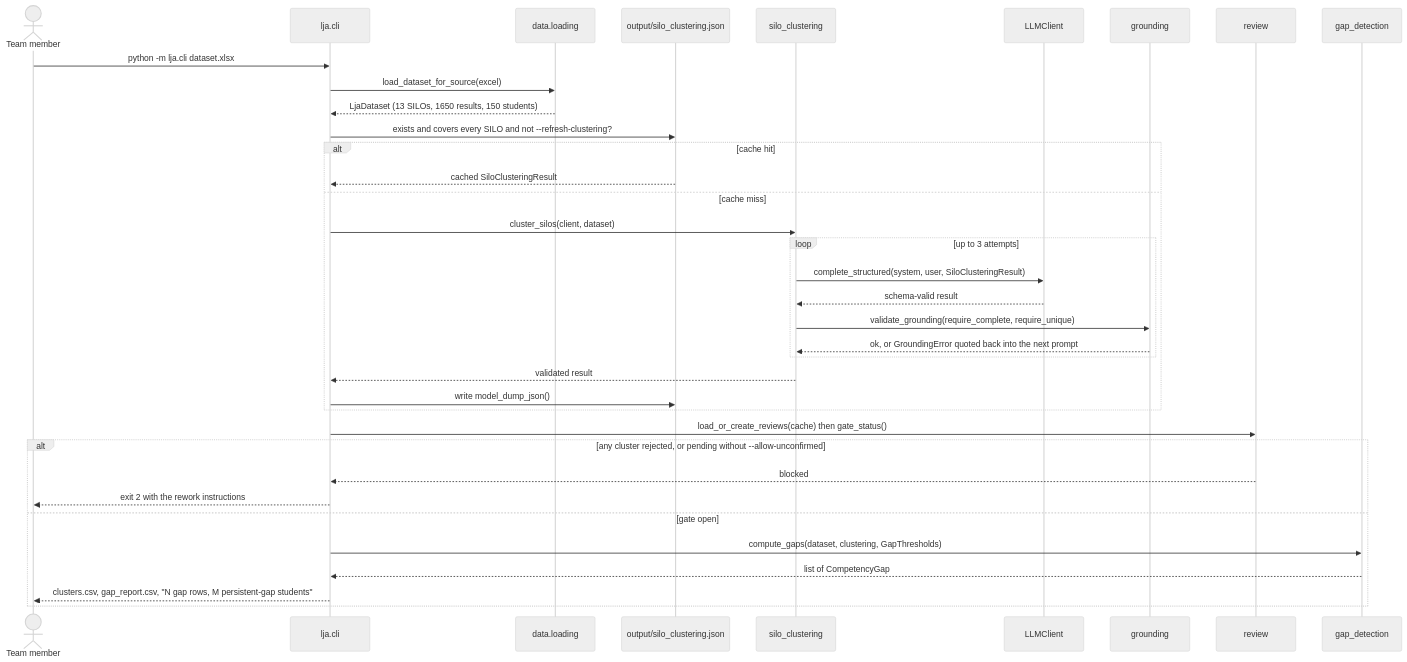
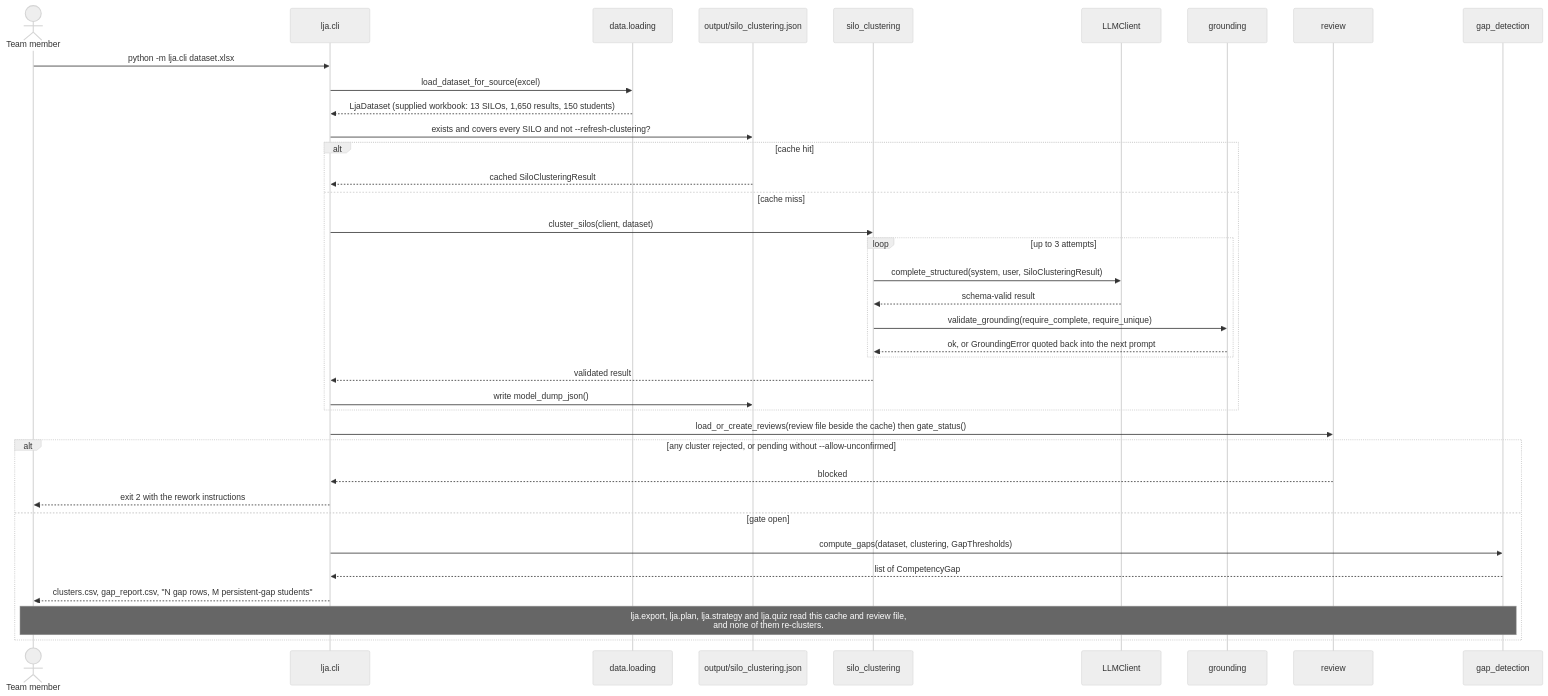
The diagram in docs/handover/diagrams/04-seq-pipeline.mmd (yetanotherpassword/LearningJourneyAssistant), drawn with Mermaid (neutral theme) before and after one commit. The commit also changed 48 other files, not shown here.

```diff
--- a/docs/handover/diagrams/04-seq-pipeline.mmd
+++ b/docs/handover/diagrams/04-seq-pipeline.mmd
@@ -1,37 +1,38 @@
 sequenceDiagram
     actor U as Team member
     participant CLI as lja.cli
     participant LD as data.loading
     participant C as output/silo_clustering.json
     participant SC as silo_clustering
     participant LLM as LLMClient
     participant GR as grounding
     participant RV as review
     participant GD as gap_detection
 
     U->>CLI: python -m lja.cli dataset.xlsx
     CLI->>LD: load_dataset_for_source(excel)
-    LD-->>CLI: LjaDataset (13 SILOs, 1650 results, 150 students)
+    LD-->>CLI: LjaDataset (supplied workbook: 13 SILOs, 1,650 results, 150 students)
     CLI->>C: exists and covers every SILO and not --refresh-clustering?
     alt cache hit
         C-->>CLI: cached SiloClusteringResult
     else cache miss
         CLI->>SC: cluster_silos(client, dataset)
         loop up to 3 attempts
             SC->>LLM: complete_structured(system, user, SiloClusteringResult)
             LLM-->>SC: schema-valid result
             SC->>GR: validate_grounding(require_complete, require_unique)
             GR-->>SC: ok, or GroundingError quoted back into the next prompt
         end
         SC-->>CLI: validated result
         CLI->>C: write model_dump_json()
     end
-    CLI->>RV: load_or_create_reviews(cache) then gate_status()
+    CLI->>RV: load_or_create_reviews(review file beside the cache) then gate_status()
     alt any cluster rejected, or pending without --allow-unconfirmed
         RV-->>CLI: blocked
         CLI-->>U: exit 2 with the rework instructions
     else gate open
         CLI->>GD: compute_gaps(dataset, clustering, GapThresholds)
         GD-->>CLI: list of CompetencyGap
         CLI-->>U: clusters.csv, gap_report.csv, "N gap rows, M persistent-gap students"
+        Note over U,GD: lja.export, lja.plan, lja.strategy and lja.quiz read this cache and review file,<br/>and none of them re-clusters.
     end
```
